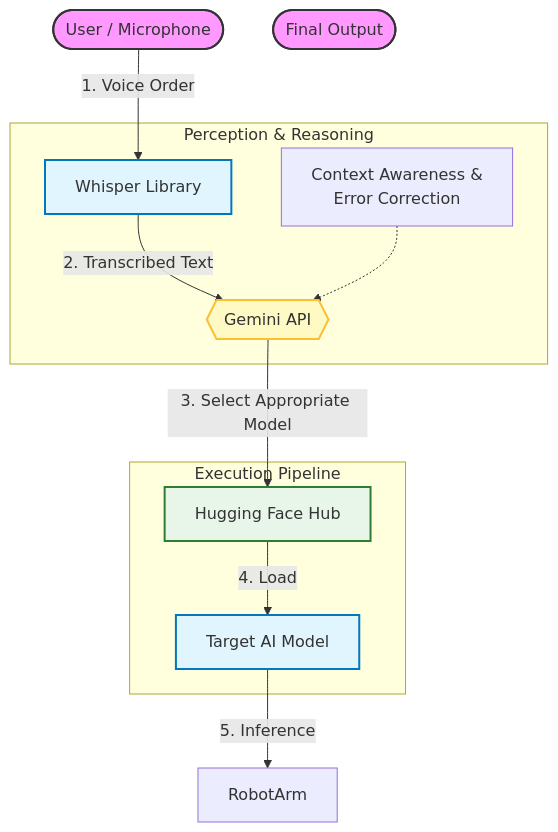
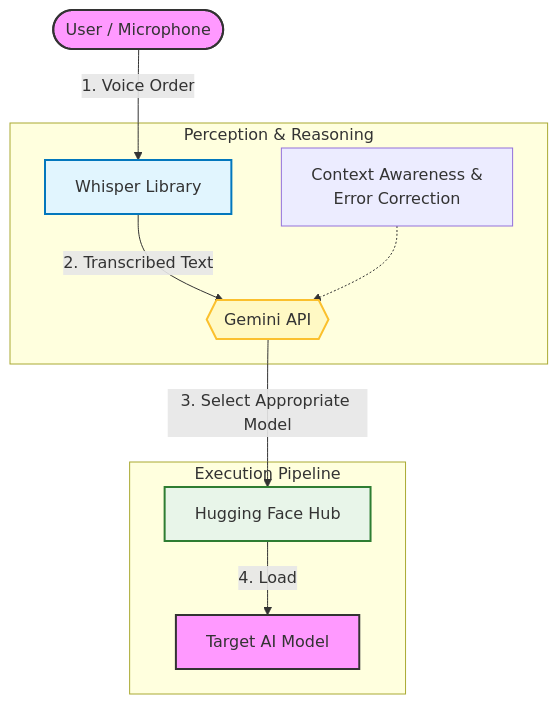
One commit to Hank-LL/AMD_Robotics_Hackathon_2025_Team27 changed the diagram in mission2/README.md. Above: the diagram before and after it, drawn with Mermaid.

````diff
--- a/mission2/README.md
+++ b/mission2/README.md
@@ -22,33 +22,30 @@
 ```mermaid
  graph TD
     %% Define Styles
     classDef input fill:#f9f,stroke:#333,stroke-width:2px;
     classDef process fill:#e1f5fe,stroke:#0277bd,stroke-width:2px;
     classDef logic fill:#fff9c4,stroke:#fbc02d,stroke-width:2px;
     classDef storage fill:#e8f5e9,stroke:#2e7d32,stroke-width:2px;
 
     %% Nodes
     User([User / Microphone]):::input
     Whisper[Whisper Library]:::process
     Gemini{{Gemini API}}:::logic
     HF_Hub[Hugging Face Hub]:::storage
-    TargetModel[Target AI Model]:::process
-    Result([Final Output]):::input
+    TargetModel[Target AI Model]:::input
 
     %% Flow
     User -->|1. Voice Order| Whisper
     
     subgraph "Perception & Reasoning"
         Whisper -->|2. Transcribed Text| Gemini
         
         %% Note for Gemini's role
         note_g[Context Awareness &<br/>Error Correction] -.-> Gemini
     end
 
     subgraph "Execution Pipeline"
         Gemini -->|3. Select Appropriate Model| HF_Hub
         HF_Hub -->|4. Load| TargetModel
     end
-
-    TargetModel -->|5. Inference| RobotArm
 ```
````
